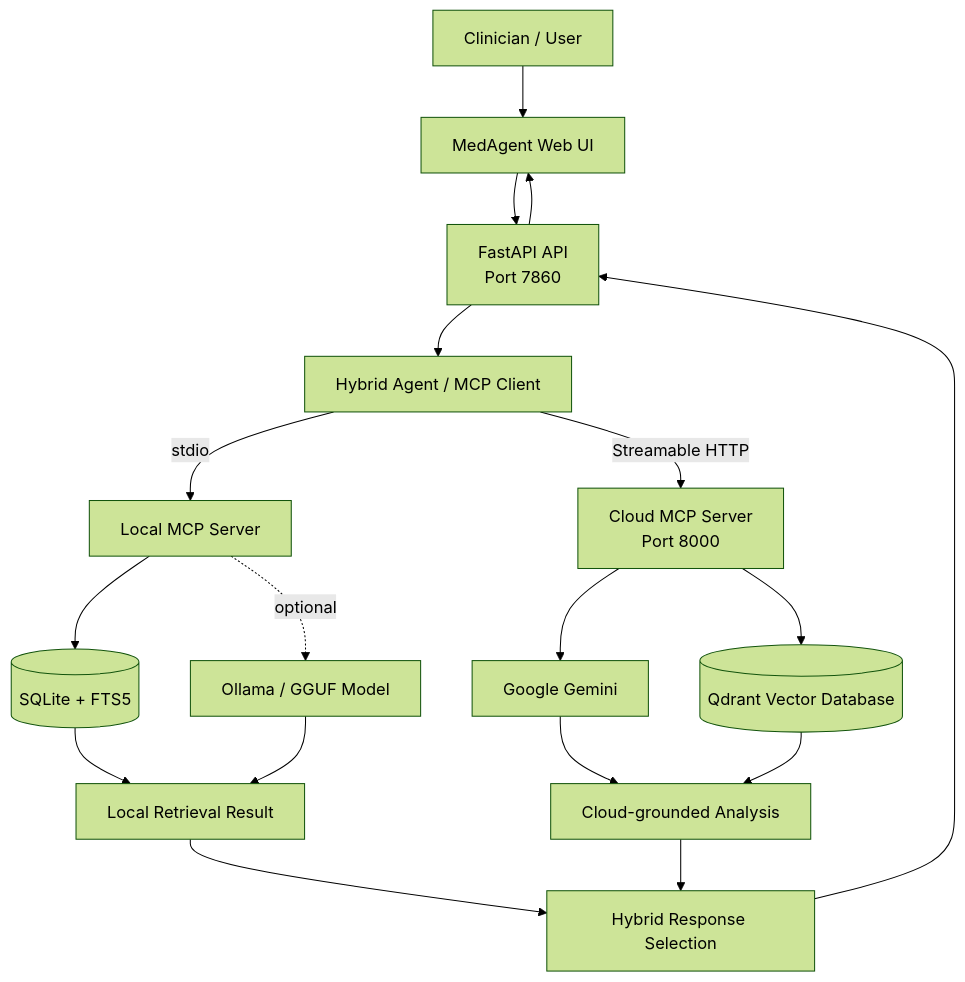
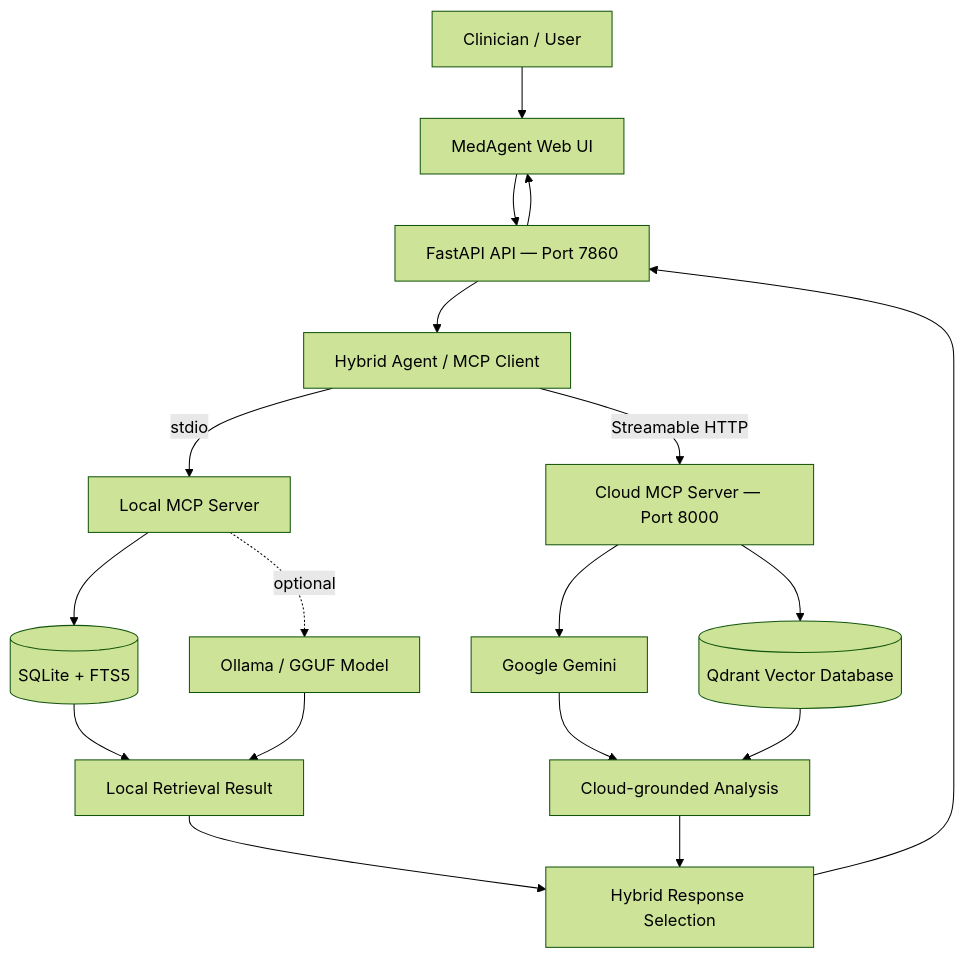
Before and after one commit to iamakhilan/Hybrid-Medical-Agent: the diagram in README.md, drawn with Mermaid (forest theme).

Commit message:
Fix Mermaid architecture diagram rendering

````diff
--- a/README.md
+++ b/README.md
@@ -86,24 +86,24 @@
 ```mermaid
 flowchart TD
-    U[Clinician / User] --> UI[MedAgent Web UI]
-    UI --> API[FastAPI API<br/>Port 7860]
-    API --> H[Hybrid Agent / MCP Client]
+    U["Clinician / User"] --> UI["MedAgent Web UI"]
+    UI --> API["FastAPI API — Port 7860"]
+    API --> H["Hybrid Agent / MCP Client"]
 
-    H -->|stdio| L[Local MCP Server]
-    H -->|Streamable HTTP| C[Cloud MCP Server<br/>Port 8000]
+    H -->|stdio| L["Local MCP Server"]
+    H -->|Streamable HTTP| C["Cloud MCP Server — Port 8000"]
 
-    L --> DB[(SQLite + FTS5)]
-    L -. optional .-> O[Ollama / GGUF Model]
+    L --> DB[("SQLite + FTS5")]
+    L -. optional .-> O["Ollama / GGUF Model"]
 
-    C --> G[Google Gemini]
-    C --> Q[(Qdrant Vector Database)]
+    C --> G["Google Gemini"]
+    C --> Q[("Qdrant Vector Database")]
 
-    DB --> R[Local Retrieval Result]
+    DB --> R["Local Retrieval Result"]
     O --> R
-    G --> S[Cloud-grounded Analysis]
+    G --> S["Cloud-grounded Analysis"]
     Q --> S
-    R --> M[Hybrid Response Selection]
+    R --> M["Hybrid Response Selection"]
     S --> M
     M --> API
     API --> UI
 ```
````
